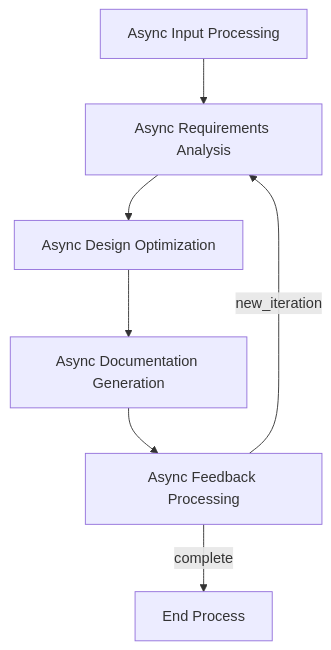
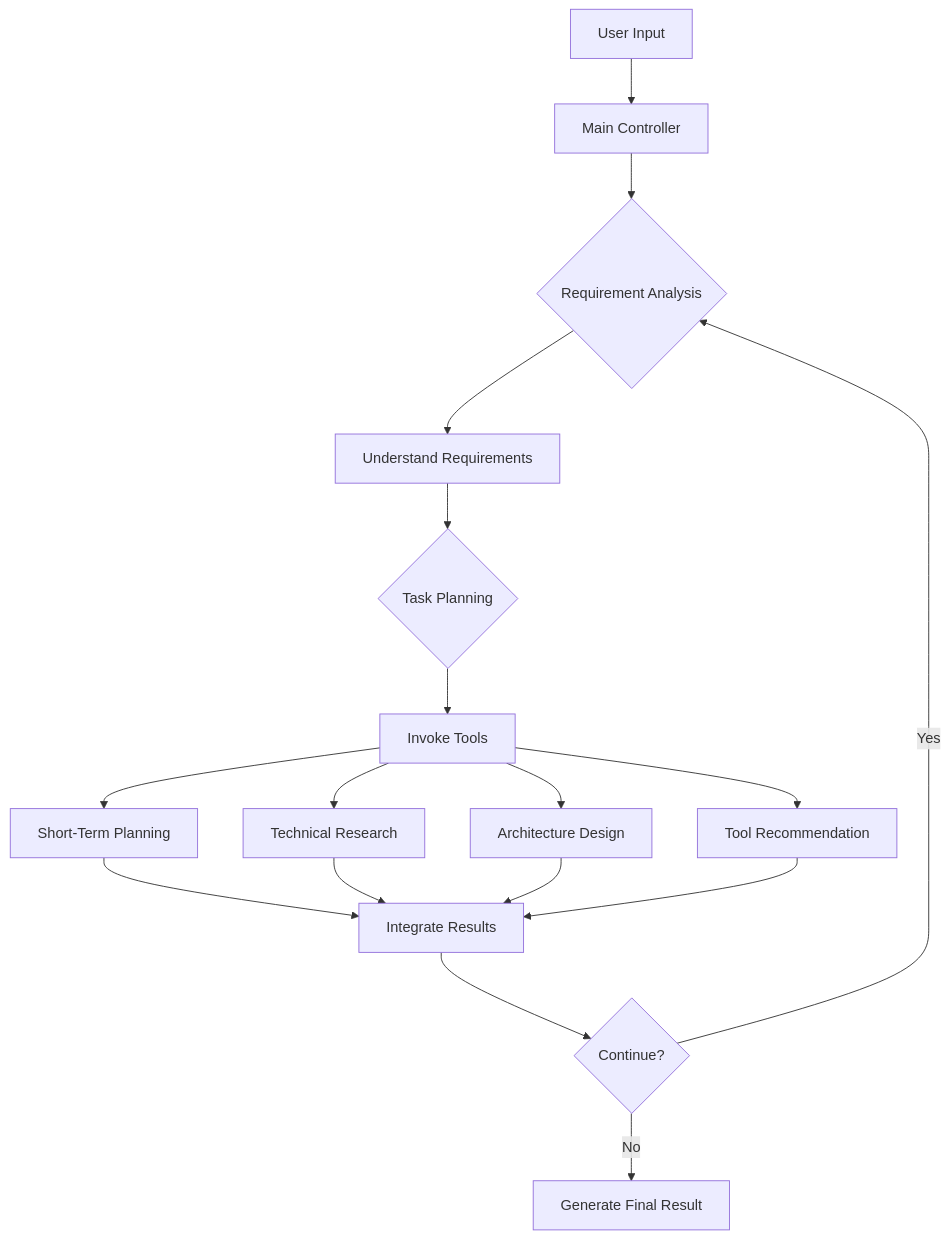
The diagram in README.md (jennifer88huang/GTPlanner), drawn with Mermaid before and after one commit. The commit also changed other lines of this file and 8 other files, not shown here.

````diff
--- a/README.md
+++ b/README.md
@@ -264,9 +278,19 @@
 ```mermaid
 flowchart TD
-    inputNode[Async Input Processing] --> analysisNode[Async Requirements Analysis]
-    analysisNode --> optimizationNode[Async Design Optimization]
-    optimizationNode --> docGenNode[Async Documentation Generation]
-    docGenNode --> feedbackNode[Async Feedback Processing]
-    feedbackNode -->|new_iteration| analysisNode
-    feedbackNode -->|complete| endNode[End Process]
+    A[User Input] --> B[Main Controller]
+    B --> C{Requirement Analysis}
+    C --> D[Understand Requirements]
+    D --> E{Task Planning}
+    E --> F[Invoke Tools]
+    F --> G[Short-Term Planning]
+    F --> H[Technical Research]
+    F --> I[Architecture Design]
+    F --> J[Tool Recommendation]
+    G --> K[Integrate Results]
+    H --> K
+    I --> K
+    J --> K
+    K --> L{Continue?}
+    L -->|Yes| C
+    L -->|No| M[Generate Final Result]
 ```
````
